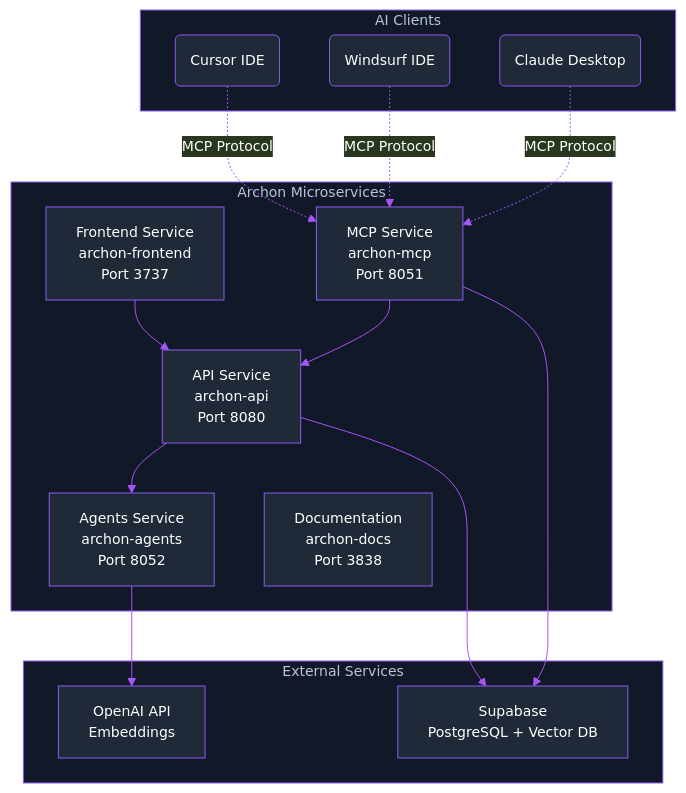
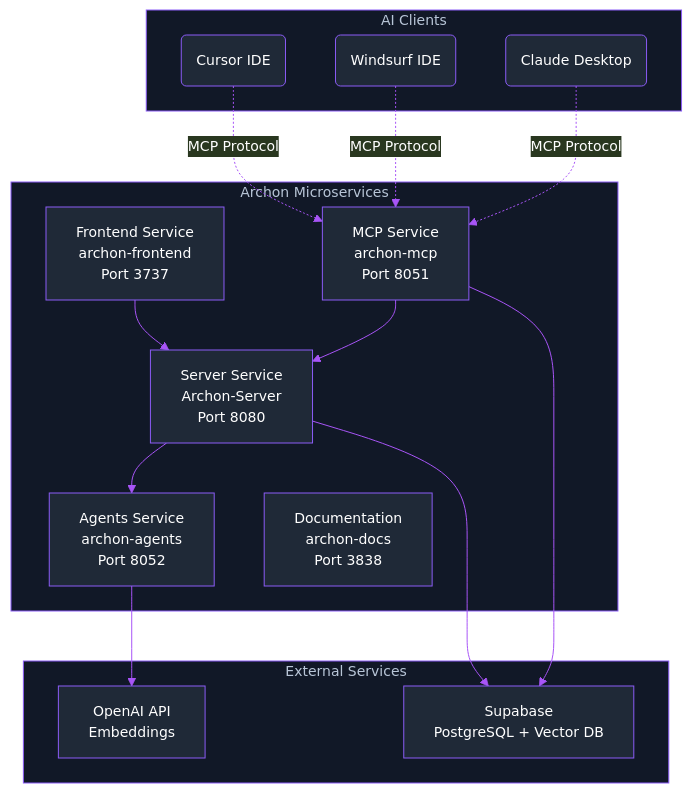
One commit to tarsonis125/mcp-crawl4ai-rag-ChromaDB-V1 changed the diagram in docs/docs/intro.mdx. Above: the diagram before and after it, drawn with Mermaid. The commit also changed 72 other files, not shown here.

First line of the commit message:
feat(docker): add documentation service and refactor server architecture

````diff
--- a/docs/docs/intro.mdx
+++ b/docs/docs/intro.mdx
@@ -114,50 +114,50 @@
 ```mermaid
 %%{init:{
   'theme':'base',
   'themeVariables': {
     'primaryColor':'#1f2937',
     'primaryTextColor':'#ffffff',
     'primaryBorderColor':'#8b5cf6',
     'lineColor':'#a855f7',
     'textColor':'#ffffff',
     'fontFamily':'Inter',
     'fontSize':'14px',
     'background':'#000000',
     'mainBkg':'#1f2937',
     'secondBkg':'#111827',
     'borderColor':'#8b5cf6',
     'clusterBkg':'#111827',
     'clusterBorder':'#8b5cf6'
   }
 }}%%
 graph TB
     subgraph "AI Clients"
         Cursor(Cursor IDE)
         Windsurf(Windsurf IDE)
         Claude(Claude Desktop)
     end
     
     subgraph "Archon Microservices"
         UI["Frontend Service<br/>archon-frontend<br/>Port 3737"]
-        API["API Service<br/>archon-api<br/>Port 8080"]
+        API["Server Service<br/>Archon-Server<br/>Port 8080"]
         MCP["MCP Service<br/>archon-mcp<br/>Port 8051"]
         Agents["Agents Service<br/>archon-agents<br/>Port 8052"]
         Docs["Documentation<br/>archon-docs<br/>Port 3838"]
     end
 
     subgraph "External Services"
         Supabase["Supabase<br/>PostgreSQL + Vector DB"]
         OpenAI["OpenAI API<br/>Embeddings"]
     end
     
     Cursor -.->|MCP Protocol| MCP
     Windsurf -.->|MCP Protocol| MCP
     Claude -.->|MCP Protocol| MCP
     
     UI --> API
     MCP --> API
     API --> Agents
     API --> Supabase
     Agents --> OpenAI
     MCP --> Supabase
 ```
````
